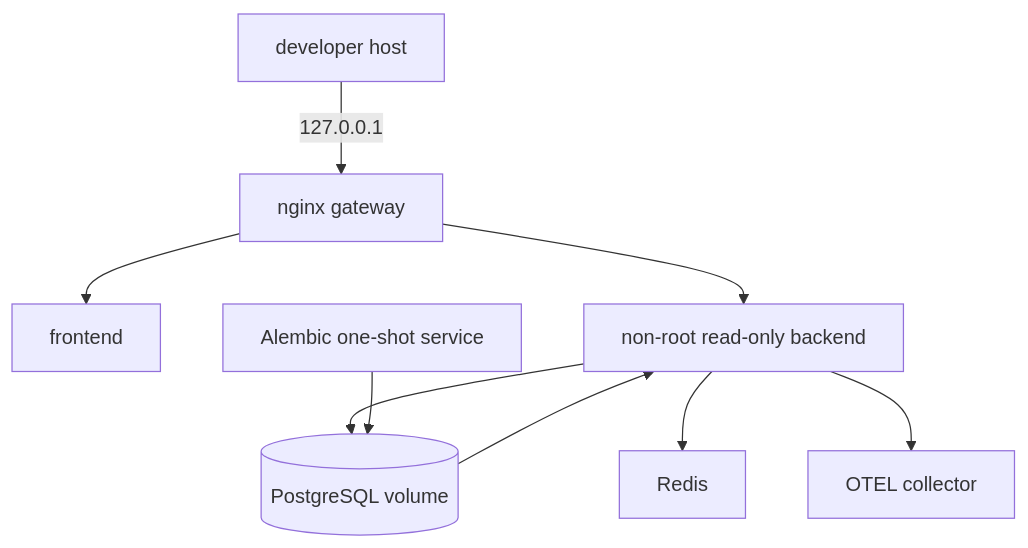
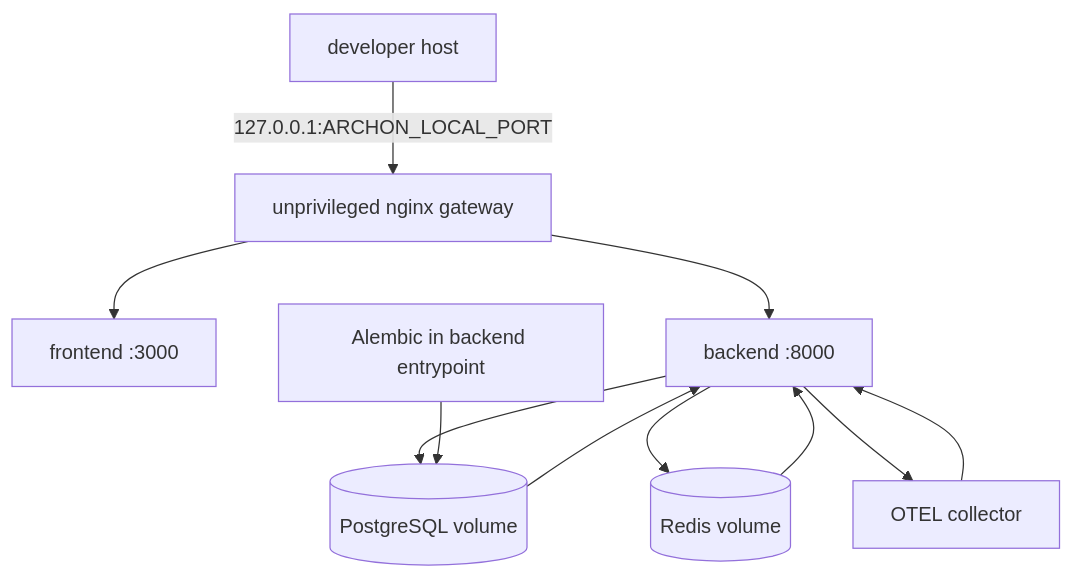
One commit to levalencia/archon changed the first of 3 diagrams in docs/course/concepts/docker-compose.md. Above: the diagram before and after it, drawn with Mermaid. The commit also changed other lines of this file and 8 other files, not shown here.

````diff
--- a/docs/course/concepts/docker-compose.md
+++ b/docs/course/concepts/docker-compose.md
@@ -12,11 +37,13 @@
 ```mermaid
 flowchart TD
-  Host[developer host] -->|127.0.0.1| N[nginx gateway]
-  N --> F[frontend]
-  N --> B[non-root read-only backend]
-  B --> P[(PostgreSQL volume)]
-  B --> R[Redis]
-  B --> O[OTEL collector]
-  M[Alembic one-shot service] --> P
-  P --> B
+    H[developer host] -->|127.0.0.1:ARCHON_LOCAL_PORT| G[unprivileged nginx gateway]
+    G --> F[frontend :3000]
+    G --> B[backend :8000]
+    B --> P[(PostgreSQL volume)]
+    B --> R[(Redis volume)]
+    B --> O[OTEL collector]
+    M[Alembic in backend entrypoint] --> P
+    P --> B
+    R --> B
+    O --> B
 ```
````
